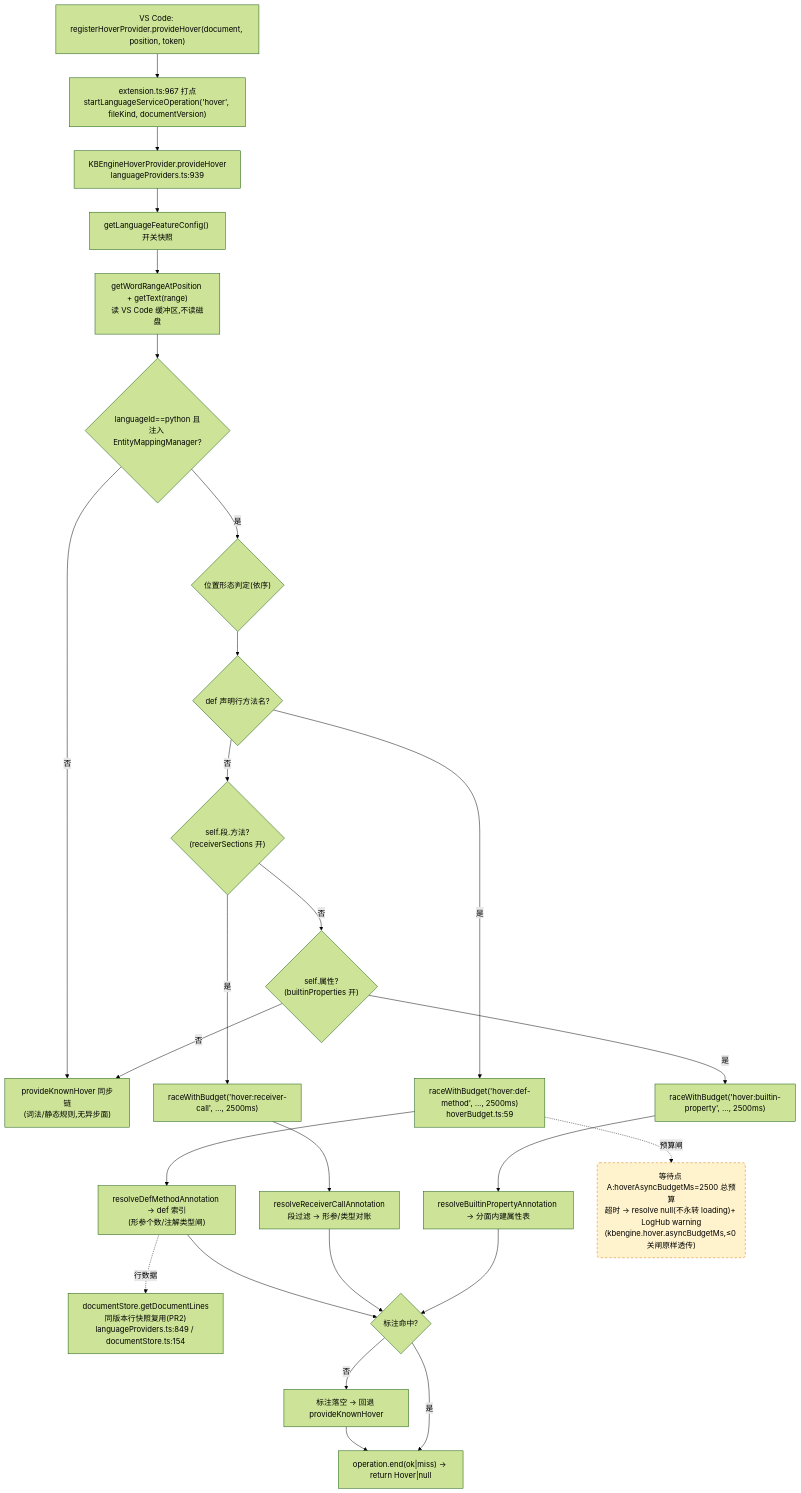
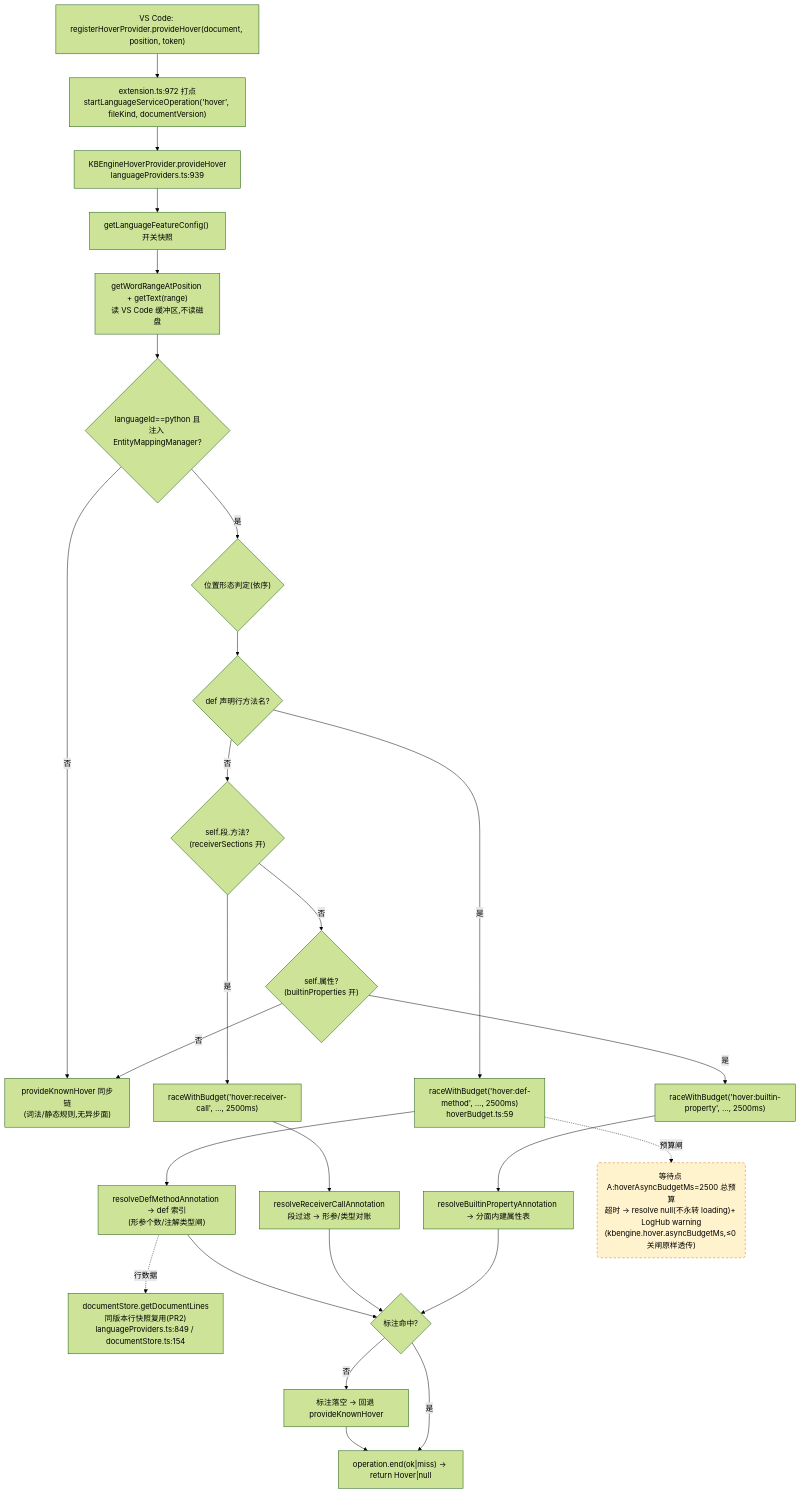
One commit to cuihairu/kode changed the first of 4 diagrams in docs/perf/2026-baseline.md. Above: the diagram before and after it, drawn with Mermaid (forest theme). The commit also changed other lines of this file and 11 other files, not shown here.

````diff
--- a/docs/perf/2026-baseline.md
+++ b/docs/perf/2026-baseline.md
@@ -82,45 +82,45 @@
 ```mermaid
 flowchart TD
   VC1["VS Code: registerHoverProvider.provideHover(document, position, token)"]
-  M1["extension.ts:967 打点<br/>startLanguageServiceOperation('hover', fileKind, documentVersion)"]
+  M1["extension.ts:972 打点<br/>startLanguageServiceOperation('hover', fileKind, documentVersion)"]
   HP["KBEngineHoverProvider.provideHover<br/>languageProviders.ts:939"]
   CFG["getLanguageFeatureConfig() 开关快照"]
   WORD["getWordRangeAtPosition + getText(range)<br/>读 VS Code 缓冲区,不读磁盘"]
   BR{"languageId==python 且<br/>注入 EntityMappingManager?"}
   KN["provideKnownHover 同步链<br/>(词法/静态规则,无异步面)"]
   POS{"位置形态判定(依序)"}
   D1{"def 声明行方法名?"}
   D2{"self.段.方法?<br/>(receiverSections 开)"}
   D3{"self.属性?<br/>(builtinProperties 开)"}
   RA1["raceWithBudget('hover:def-method', …, 2500ms)<br/>hoverBudget.ts:59"]
   RA2["raceWithBudget('hover:receiver-call', …, 2500ms)"]
   RA3["raceWithBudget('hover:builtin-property', …, 2500ms)"]
   RS1["resolveDefMethodAnnotation → def 索引<br/>(形参个数/注解类型闸)"]
   RS2["resolveReceiverCallAnnotation<br/>段过滤 → 形参/类型对账"]
   RS3["resolveBuiltinPropertyAnnotation → 分面内建属性表"]
   LINES["documentStore.getDocumentLines<br/>同版本行快照复用(PR2)<br/>languageProviders.ts:849 / documentStore.ts:154"]
   MISS["标注落空 → 回退 provideKnownHover"]
   END1["operation.end(ok|miss) → return Hover|null"]
 
   VC1 --> M1 --> HP --> CFG --> WORD --> BR
   BR -- "否" --> KN
   BR -- "是" --> POS --> D1
   D1 -- "是" --> RA1 --> RS1
   D1 -- "否" --> D2
   D2 -- "是" --> RA2 --> RS2
   D2 -- "否" --> D3
   D3 -- "是" --> RA3 --> RS3
   D3 -- "否" --> KN
   RS1 --> HIT{"标注命中?"}
   RS2 --> HIT
   RS3 --> HIT
   RS1 -.->|行数据| LINES
   HIT -- "否" --> MISS --> END1
   HIT -- "是" --> END1
 
   WAITA("等待点 A:hoverAsyncBudgetMs=2500 总预算<br/>超时 → resolve null(不永转 loading)+ LogHub warning<br/>(kbengine.hover.asyncBudgetMs,≤0 关闸原样透传)")
   RA1 -.->|预算闸| WAITA
 
   classDef waitPoint fill:#fff3cd,stroke:#d97706,stroke-dasharray:5 4;
   class WAITA waitPoint;
 ```
````
